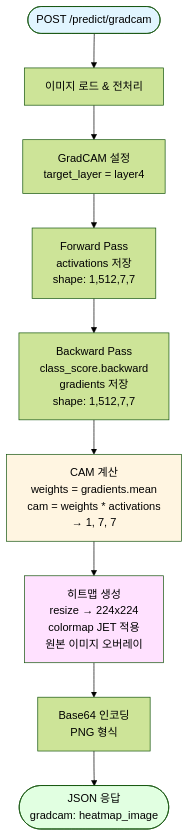
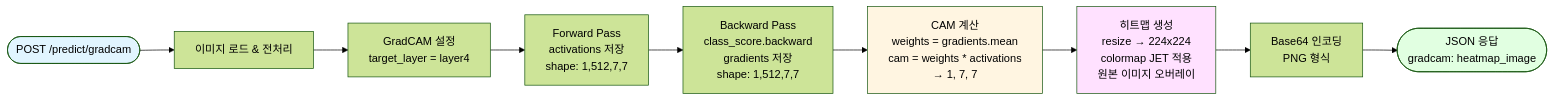
Before and after one commit to 15tkdgns/cnn: the fifth of 11 diagrams in diagrams/PROJECT_FLOW_MERMAID.md, drawn with Mermaid (forest theme). The commit also changed other lines of this file, not shown here.

First line of the commit message:
Refactor: 다이어그램 2,3,5,6,7,8 가로 방향으로 변경

````diff
--- a/diagrams/PROJECT_FLOW_MERMAID.md
+++ b/diagrams/PROJECT_FLOW_MERMAID.md
@@ -177,23 +177,23 @@
 ```mermaid
-flowchart TD
+flowchart LR
     Start([POST /predict/gradcam]) --> A[이미지 로드 & 전처리]
 
     A --> B[GradCAM 설정<br/>target_layer = layer4]
 
     B --> C[Forward Pass<br/>activations 저장<br/>shape: 1,512,7,7]
 
     C --> D[Backward Pass<br/>class_score.backward<br/>gradients 저장<br/>shape: 1,512,7,7]
 
     D --> E[CAM 계산<br/>weights = gradients.mean<br/>cam = weights * activations<br/>→ 1, 7, 7]
 
     E --> F[히트맵 생성<br/>resize → 224x224<br/>colormap JET 적용<br/>원본 이미지 오버레이]
 
     F --> G[Base64 인코딩<br/>PNG 형식]
 
     G --> End([JSON 응답<br/>gradcam: heatmap_image])
 
     style Start fill:#e1f5ff
     style End fill:#e1ffe1
     style E fill:#fff5e1
     style F fill:#ffe1ff
 ```
````
